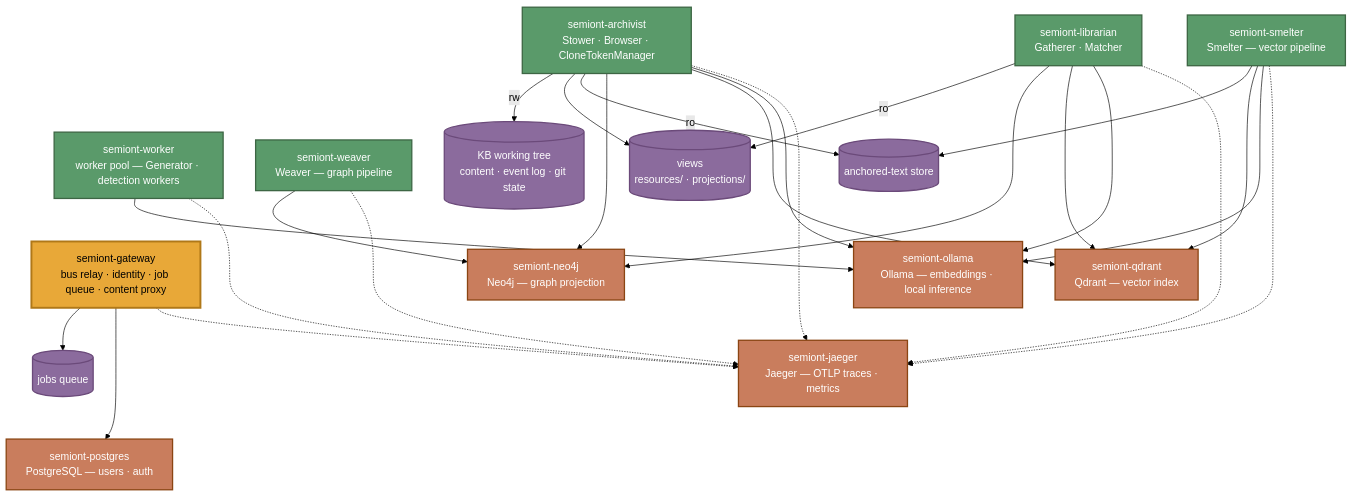
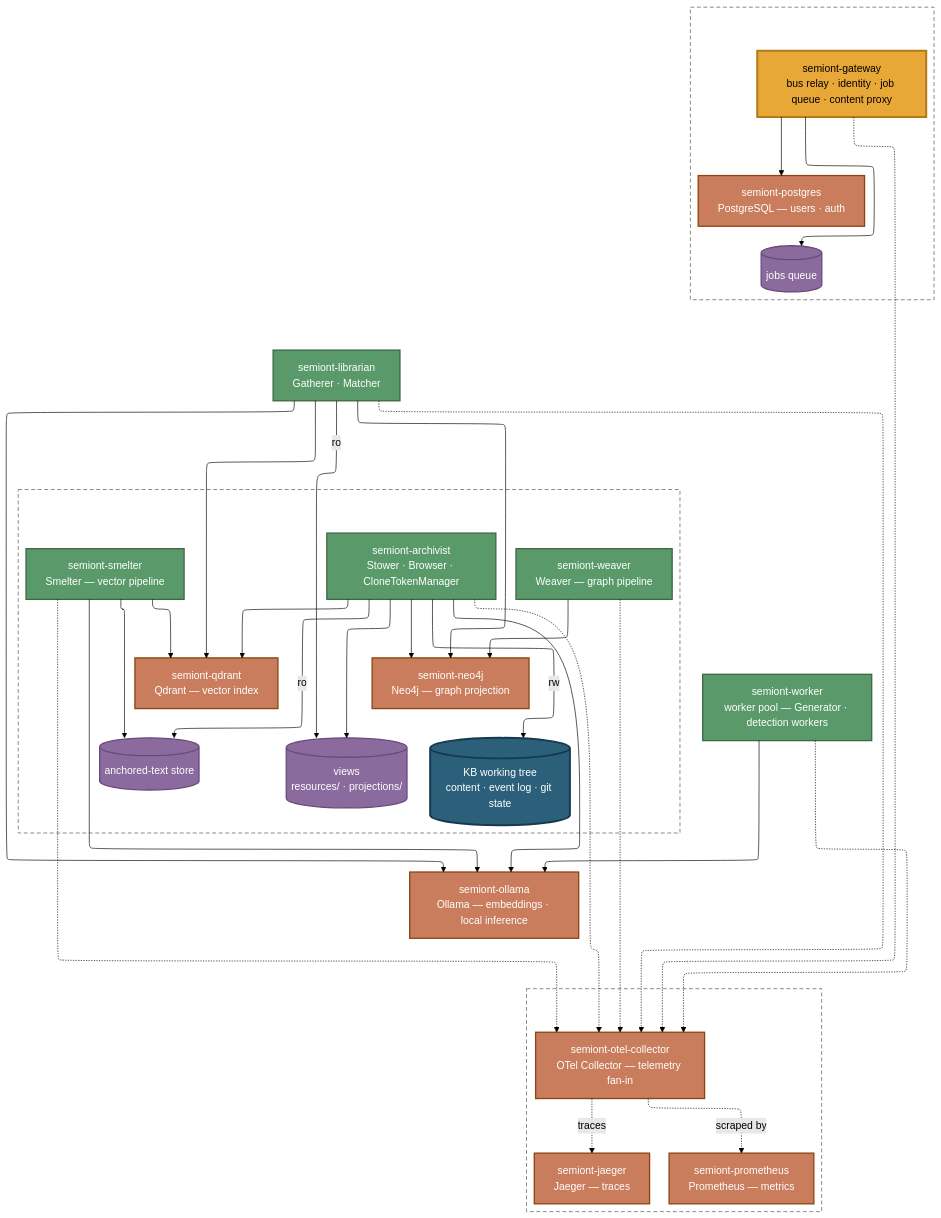
The second of 2 diagrams in docs/system/CONTAINER-TOPOLOGY.md (The-AI-Alliance/semiont), drawn with Mermaid (forest theme) before and after one commit. The commit also changed other lines of this file and 5 other files, not shown here.

````diff
--- a/docs/system/CONTAINER-TOPOLOGY.md
+++ b/docs/system/CONTAINER-TOPOLOGY.md
@@ -67,22 +67,36 @@
 ```mermaid
+---
+config:
+  layout: elk
+---
 graph TB
-    GW["semiont-gateway<br/>bus relay · identity · job queue · content proxy"]
+    subgraph G1 [" "]
+        GW["semiont-gateway<br/>bus relay · identity · job queue · content proxy"]
+        JOBS[("jobs queue")]
+        PG["semiont-postgres<br/>PostgreSQL — users · auth"]
+    end
+
+    subgraph G2 [" "]
+        ARCH["semiont-archivist<br/>Stower · Browser · CloneTokenManager"]
+        TREE[("KB working tree<br/>content · event log · git state")]
+        VIEWS[("views<br/>resources/ · projections/")]
+        ANCH[("anchored-text store")]
+        WEAVE["semiont-weaver<br/>Weaver — graph pipeline"]
+        SMELT["semiont-smelter<br/>Smelter — vector pipeline"]
+        NEO["semiont-neo4j<br/>Neo4j — graph projection"]
+        QD["semiont-qdrant<br/>Qdrant — vector index"]
+    end
+
     LIB["semiont-librarian<br/>Gatherer · Matcher"]
+    OL["semiont-ollama<br/>Ollama — embeddings · local inference"]
+
     WORKER["semiont-worker<br/>worker pool — Generator · detection workers"]
-    SMELT["semiont-smelter<br/>Smelter — vector pipeline"]
-    WEAVE["semiont-weaver<br/>Weaver — graph pipeline"]
-    ARCH["semiont-archivist<br/>Stower · Browser · CloneTokenManager"]
 
-    TREE[("KB working tree<br/>content · event log · git state")]
-    ANCH[("anchored-text store")]
-    VIEWS[("views<br/>resources/ · projections/")]
-    JOBS[("jobs queue")]
-
-    NEO["semiont-neo4j<br/>Neo4j — graph projection"]
-    QD["semiont-qdrant<br/>Qdrant — vector index"]
-    OL["semiont-ollama<br/>Ollama — embeddings · local inference"]
-    PG["semiont-postgres<br/>PostgreSQL — users · auth"]
-    JAG["semiont-jaeger<br/>Jaeger — OTLP traces · metrics"]
+    subgraph G5 [" "]
+        COLL["semiont-otel-collector<br/>OTel Collector — telemetry fan-in"]
+        TRACES["semiont-jaeger<br/>Jaeger — traces"]
+        METRICS["semiont-prometheus<br/>Prometheus — metrics"]
+    end
 
     ARCH -->|rw| TREE
     ARCH --> VIEWS
@@ -103,27 +117,37 @@
     WORKER --> OL
     GW --> PG
 
-    GW -.-> JAG
-    ARCH -.-> JAG
-    LIB -.-> JAG
-    WORKER -.-> JAG
-    SMELT -.-> JAG
-    WEAVE -.-> JAG
+    GW -.-> COLL
+    ARCH -.-> COLL
+    LIB -.-> COLL
+    WORKER -.-> COLL
+    SMELT -.-> COLL
+    WEAVE -.-> COLL
+    COLL -.->|traces| TRACES
+    COLL -.->|"scraped by"| METRICS
 
     classDef svc fill:#5a9a6a,stroke:#3d6644,stroke-width:2px,color:#fff
     classDef hub fill:#e8a838,stroke:#b07818,stroke-width:3px,color:#000
     classDef infra fill:#c97d5d,stroke:#8b4513,stroke-width:2px,color:#fff
     classDef store fill:#8b6b9d,stroke:#6b4a7a,stroke-width:2px,color:#fff
+    classDef record fill:#2c5f7a,stroke:#16394f,stroke-width:3px,color:#fff
 
     class LIB,WORKER,SMELT,WEAVE,ARCH svc
     class GW hub
-    class NEO,QD,OL,PG,JAG infra
-    class TREE,ANCH,VIEWS,JOBS store
+    class NEO,QD,OL,PG,COLL,TRACES,METRICS infra
+    class ANCH,VIEWS,JOBS store
+    class TREE record
 
-    TREE ~~~ NEO
-    VIEWS ~~~ QD
-    ANCH ~~~ OL
-    JOBS ~~~ PG
-    QD ~~~ JAG
-    OL ~~~ JAG
+    NEO ~~~ TREE
+    NEO ~~~ VIEWS
+    QD ~~~ ANCH
+    PG ~~~ JOBS
+    GW ~~~ WORKER
+    OL ~~~ COLL
+    GW ~~~ LIB
+    GW ~~~ ARCH
+
+    style G1 fill:none,stroke:#888,stroke-width:1.5px,stroke-dasharray:6 4
+    style G2 fill:none,stroke:#888,stroke-width:1.5px,stroke-dasharray:6 4
+    style G5 fill:none,stroke:#888,stroke-width:1.5px,stroke-dasharray:6 4
 ```
````
